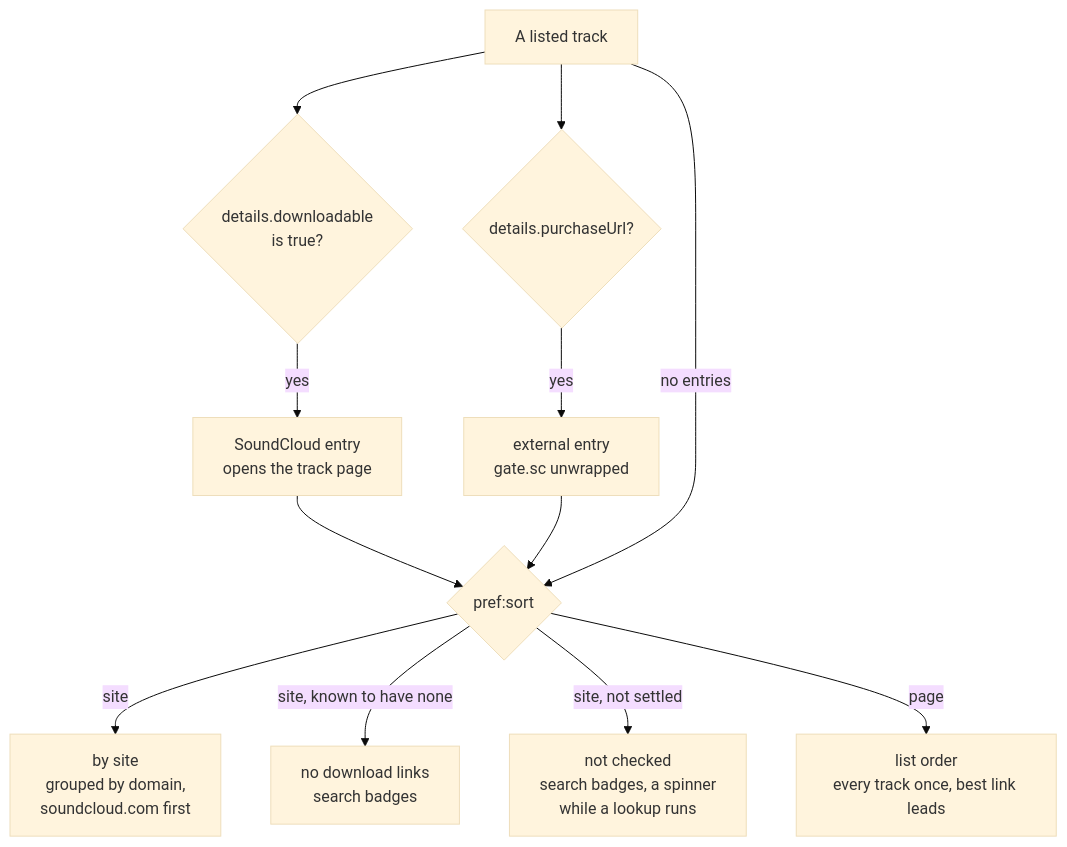
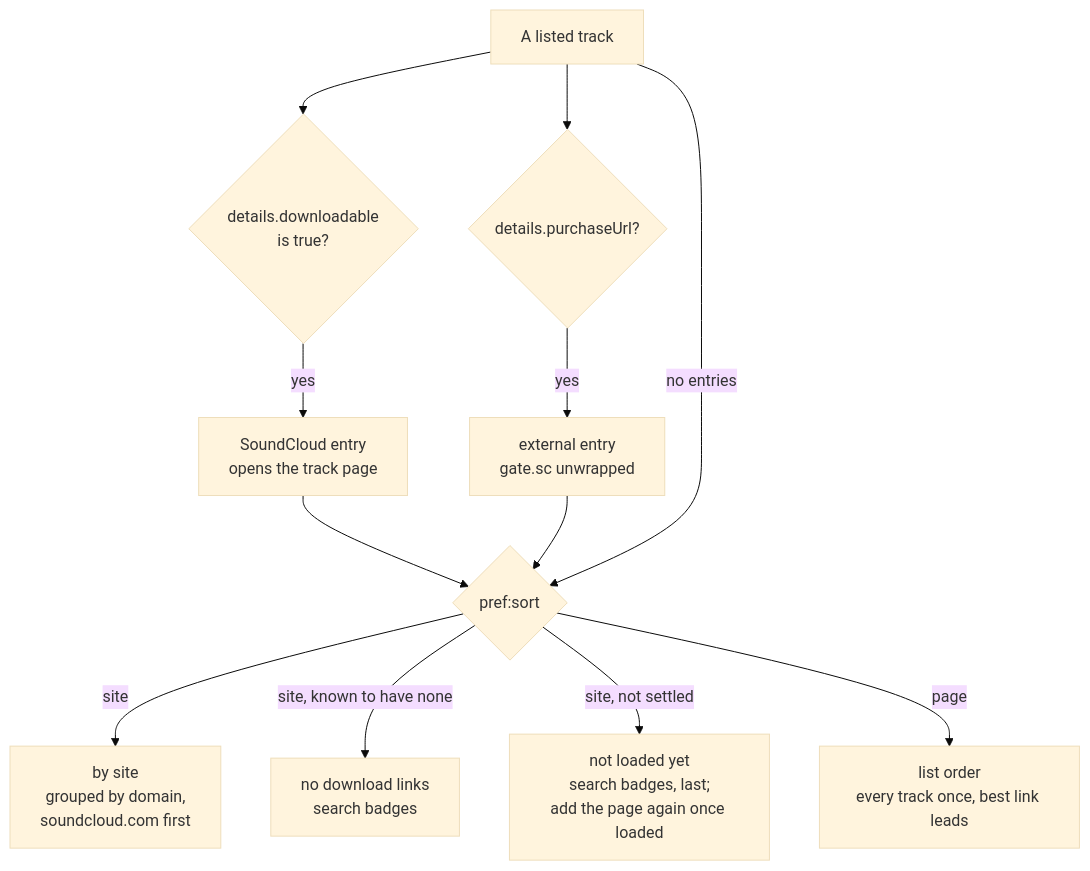
Before and after one commit to cutenode/localnetwork: the second of 5 diagrams in apps/localtoolbox/docs/diagrams/manager.md, drawn with Mermaid (base theme). The commit also changed other lines of this file and 65 other files, not shown here.

````diff
--- a/apps/localtoolbox/docs/diagrams/manager.md
+++ b/apps/localtoolbox/docs/diagrams/manager.md
@@ -48,25 +44,25 @@
 ```mermaid
 flowchart TD
   Track["A listed track"]
   Dl{"details.downloadable<br/>is true?"}
   Sc["SoundCloud entry<br/>opens the track page"]
   Buy{"details.purchaseUrl?"}
   Ext["external entry<br/>gate.sc unwrapped"]
   Sort{"pref:sort"}
   Site["by site<br/>grouped by domain,<br/>soundcloud.com first"]
   None["no download links<br/>search badges"]
-  Unchecked["not checked<br/>search badges, a spinner<br/>while a lookup runs"]
+  Unchecked["not loaded yet<br/>search badges, last;<br/>add the page again once loaded"]
   Order["list order<br/>every track once, best link leads"]
 
   Track --> Dl
   Dl -->|yes| Sc
   Track --> Buy
   Buy -->|yes| Ext
   Sc --> Sort
   Ext --> Sort
   Track -->|"no entries"| Sort
   Sort -->|site| Site
   Sort -->|"site, known to have none"| None
   Sort -->|"site, not settled"| Unchecked
   Sort -->|page| Order
 ```
````
